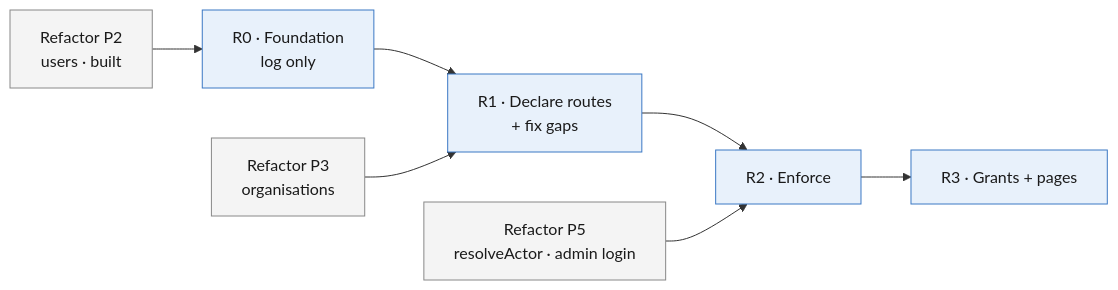
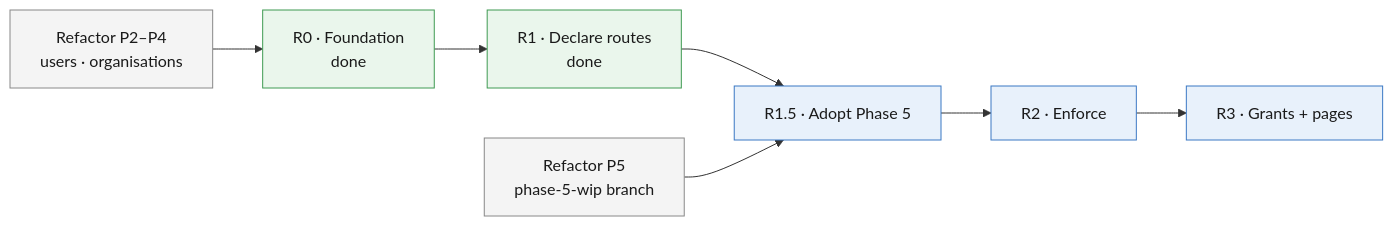
The first of 2 diagrams in docs/rbac/rbac-implementation-plan.md (Blue-Dots-Economy/aggregator-dpg), drawn with Mermaid before and after one commit. The commit also changed other lines of this file and 3 other files, not shown here.

````diff
--- a/docs/rbac/rbac-implementation-plan.md
+++ b/docs/rbac/rbac-implementation-plan.md
@@ -21,20 +21,22 @@
 ```mermaid
 flowchart LR
-    P2["Refactor P2<br/>users · built"]
-    R0["R0 · Foundation<br/>log only"]
-    P3["Refactor P3<br/>organisations"]
-    R1["R1 · Declare routes<br/>+ fix gaps"]
-    P5["Refactor P5<br/>resolveActor · admin login"]
+    P3["Refactor P2–P4<br/>users · organisations"]
+    R0["R0 · Foundation<br/>done"]
+    R1["R1 · Declare routes<br/>done"]
+    P5["Refactor P5<br/>phase-5-wip branch"]
+    R15["R1.5 · Adopt Phase 5"]
     R2["R2 · Enforce"]
     R3["R3 · Grants + pages"]
-    P2 --> R0
+    P3 --> R0
     R0 --> R1
-    P3 --> R1
-    R1 --> R2
-    P5 --> R2
+    R1 --> R15
+    P5 --> R15
+    R15 --> R2
     R2 --> R3
     classDef ref fill:#f4f4f4,stroke:#888,color:#1a1a1a
-    classDef rb fill:#e8f1fb,stroke:#3b78c4,color:#1a1a1a
-    class P2,P3,P5 ref
-    class R0,R1,R2,R3 rb
+    classDef done fill:#eaf6ec,stroke:#3f9a52,color:#1a1a1a
+    classDef todo fill:#e8f1fb,stroke:#3b78c4,color:#1a1a1a
+    class P3,P5 ref
+    class R0,R1 done
+    class R15,R2,R3 todo
 ```
````
